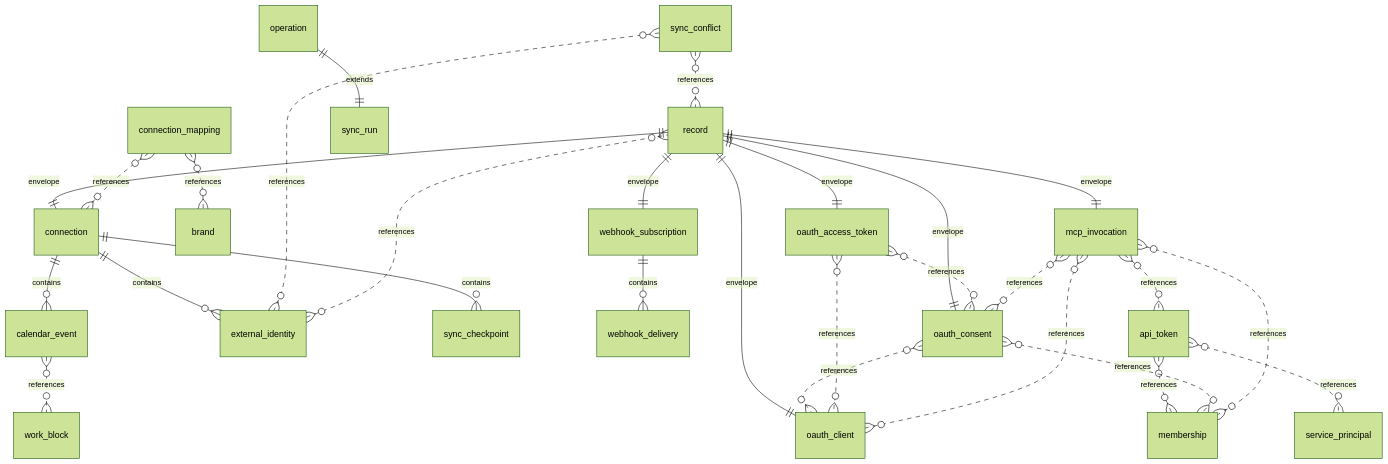
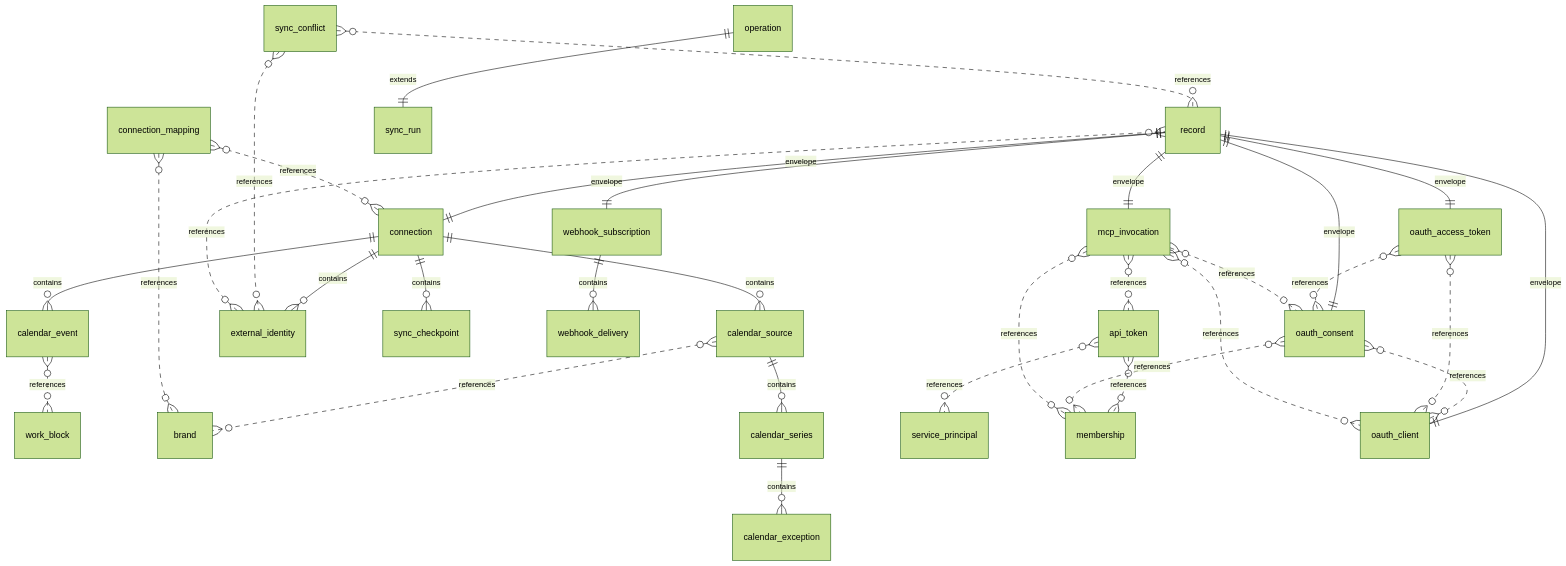
Diagram 22 of 31 in docs/architecture/data/generated/er-diagrams.md (KatrielMoses/pm), drawn with Mermaid (forest theme) before and after one commit. The commit also changed 26 other files, not shown here.

````diff
--- a/docs/architecture/data/generated/er-diagrams.md
+++ b/docs/architecture/data/generated/er-diagrams.md
@@ -326,30 +326,34 @@
 ```mermaid
 erDiagram
   record ||--|| connection : "envelope"
   connection ||--o{ calendar_event : "contains"
   calendar_event }o..o{ work_block : "references"
+  connection ||--o{ calendar_source : "contains"
+  calendar_source }o..o{ brand : "references"
+  calendar_source ||--o{ calendar_series : "contains"
+  calendar_series ||--o{ calendar_exception : "contains"
   connection_mapping }o..o{ connection : "references"
   connection_mapping }o..o{ brand : "references"
   connection ||--o{ external_identity : "contains"
   external_identity }o..o{ record : "references"
   operation ||--|| sync_run : "extends"
   connection ||--o{ sync_checkpoint : "contains"
   sync_conflict }o..o{ external_identity : "references"
   sync_conflict }o..o{ record : "references"
   record ||--|| webhook_subscription : "envelope"
   webhook_subscription ||--o{ webhook_delivery : "contains"
   api_token }o..o{ service_principal : "references"
   api_token }o..o{ membership : "references"
   record ||--|| oauth_client : "envelope"
   oauth_consent }o..o{ oauth_client : "references"
   oauth_consent }o..o{ membership : "references"
   record ||--|| oauth_consent : "envelope"
   oauth_access_token }o..o{ oauth_client : "references"
   oauth_access_token }o..o{ oauth_consent : "references"
   record ||--|| oauth_access_token : "envelope"
   mcp_invocation }o..o{ oauth_client : "references"
   mcp_invocation }o..o{ oauth_consent : "references"
   mcp_invocation }o..o{ api_token : "references"
   mcp_invocation }o..o{ membership : "references"
   record ||--|| mcp_invocation : "envelope"
 ```
````
